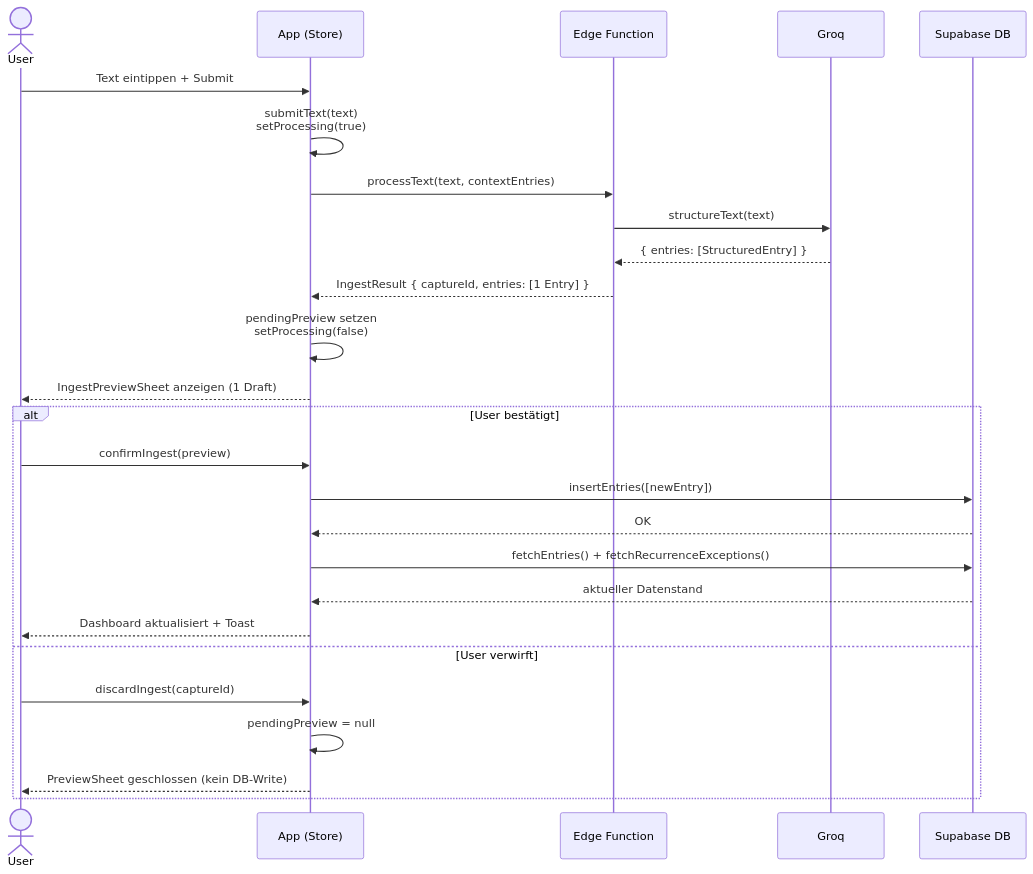
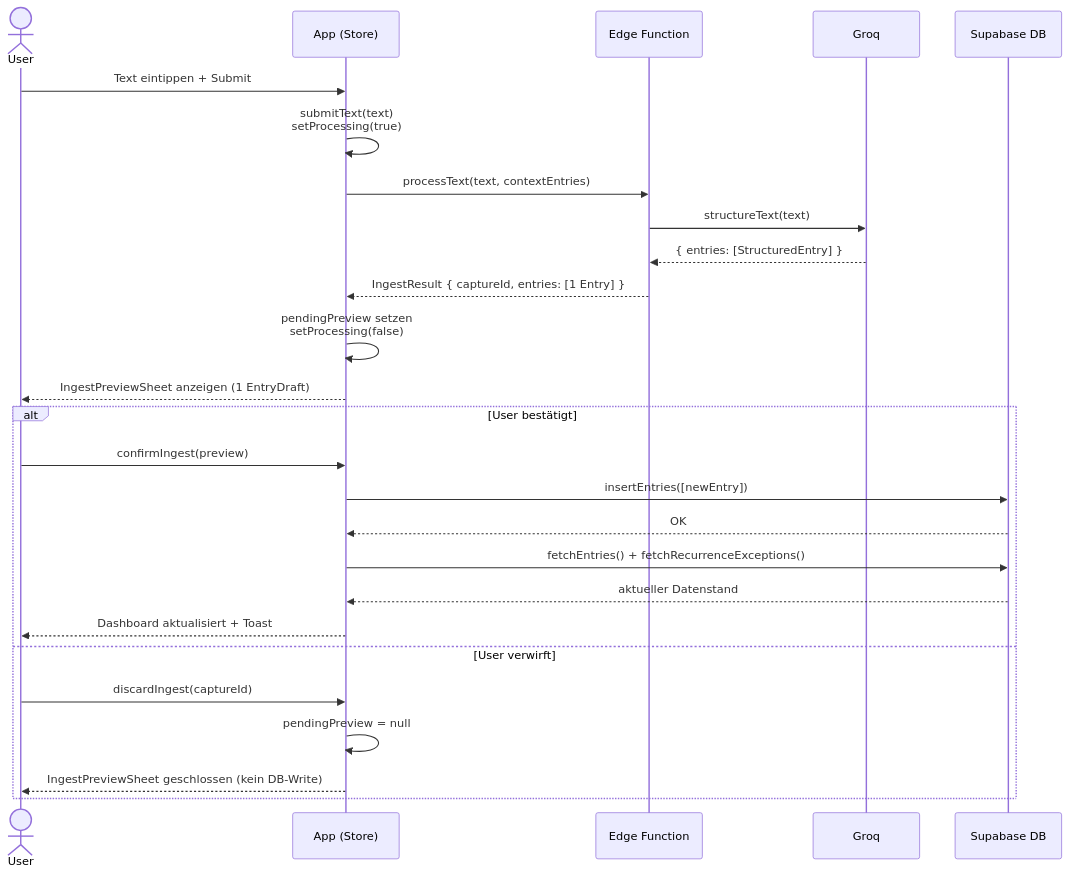
The diagram in docs/DIAGRAMS/dump-flow-a.md (mrLevvis/braindump-pwa), drawn with Mermaid before and after one commit. The commit also changed 2 other files, not shown here.

Commit message:
docs(diagrams): Terminologie an Codebase-Begriffe angeglichen
- "Draft" / "Draft-Karte" → EntryDraft (Typ aus BrainDump.ts)
- "drafts" / "pendingPreview.drafts" statt freier Umschreibungen
- "PreviewSheet" → immer IngestPreviewSheet (vollständiger Name)
- "User prüft strukturierte Entwürfe" → (pendingPreview: IngestPreview)

````diff
--- a/docs/DIAGRAMS/dump-flow-a.md
+++ b/docs/DIAGRAMS/dump-flow-a.md
@@ -13,30 +13,30 @@
 ```mermaid
 sequenceDiagram
     actor User
     participant App as App (Store)
     participant EdgeFn as Edge Function
     participant Groq
     participant DB as Supabase DB
 
     User->>App: Text eintippen + Submit
     App->>App: submitText(text)<br/>setProcessing(true)
     App->>EdgeFn: processText(text, contextEntries)
     EdgeFn->>Groq: structureText(text)
     Groq-->>EdgeFn: { entries: [StructuredEntry] }
     EdgeFn-->>App: IngestResult { captureId, entries: [1 Entry] }
     App->>App: pendingPreview setzen<br/>setProcessing(false)
-    App-->>User: IngestPreviewSheet anzeigen (1 Draft)
+    App-->>User: IngestPreviewSheet anzeigen (1 EntryDraft)
 
     alt User bestätigt
         User->>App: confirmIngest(preview)
         App->>DB: insertEntries([newEntry])
         DB-->>App: OK
         App->>DB: fetchEntries() + fetchRecurrenceExceptions()
         DB-->>App: aktueller Datenstand
         App-->>User: Dashboard aktualisiert + Toast
     else User verwirft
         User->>App: discardIngest(captureId)
         App->>App: pendingPreview = null
-        App-->>User: PreviewSheet geschlossen (kein DB-Write)
+        App-->>User: IngestPreviewSheet geschlossen (kein DB-Write)
     end
 ```
````
